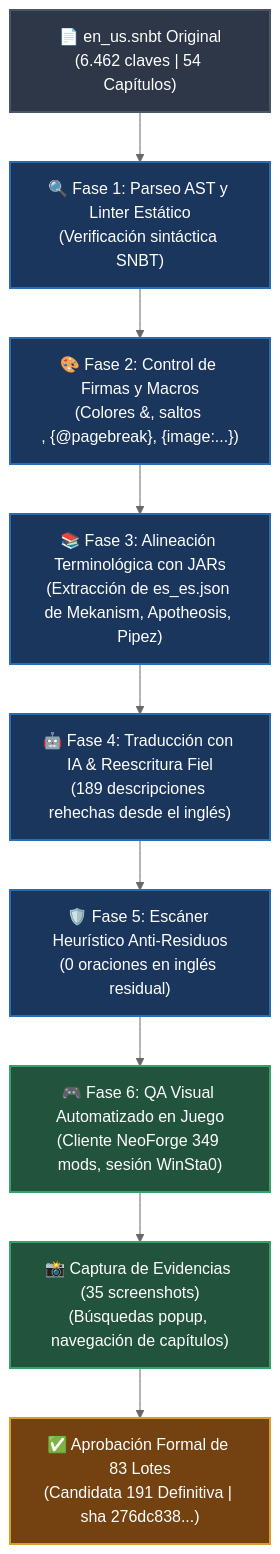
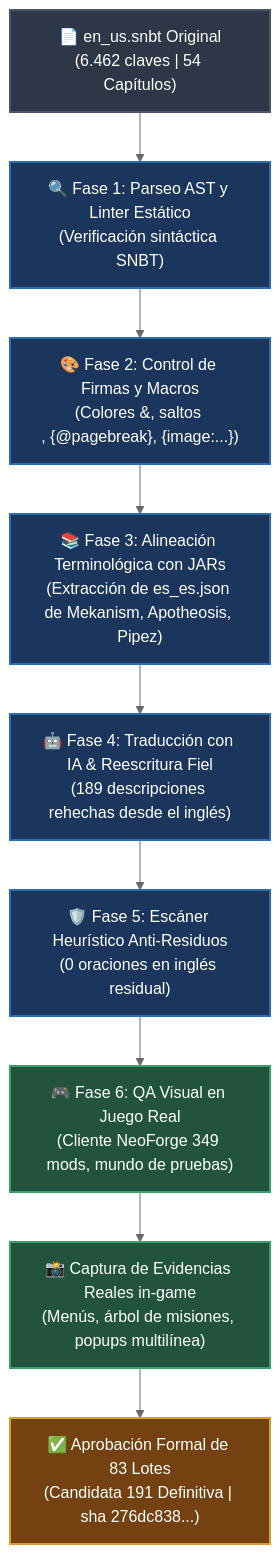
One commit to iagorobo24-hub/atm10sky-es-es-localization changed the first of 2 diagrams in README.md. Above: the diagram before and after it, drawn with Mermaid (neutral theme). The commit also changed other lines of this file and 27 other files, not shown here.

Commit message:
fix(gallery): replace screenshots with verified real in-game Minecraft FTB Quests captures

````diff
--- a/README.md
+++ b/README.md
@@ -45,16 +45,16 @@
 ```mermaid
 flowchart TD
     classDef source fill:#2d3748,stroke:#4a5568,stroke-width:2px,color:#fff;
     classDef process fill:#1a365d,stroke:#2b6cb0,stroke-width:2px,color:#fff;
     classDef qa fill:#22543d,stroke:#38a169,stroke-width:2px,color:#fff;
     classDef output fill:#744210,stroke:#d69e2e,stroke-width:2px,color:#fff;
 
     A["📄 en_us.snbt Original<br/>(6.462 claves | 54 Capítulos)"]:::source --> B["🔍 Fase 1: Parseo AST y Linter Estático<br/>(Verificación sintáctica SNBT)"]:::process
     B --> C["🎨 Fase 2: Control de Firmas y Macros<br/>(Colores &, saltos \n, {@pagebreak}, {image:...})"]:::process
     C --> D["📚 Fase 3: Alineación Terminológica con JARs<br/>(Extracción de es_es.json de Mekanism, Apotheosis, Pipez)"]:::process
     D --> E["🤖 Fase 4: Traducción con IA & Reescritura Fiel<br/>(189 descripciones rehechas desde el inglés)"]:::process
     E --> F["🛡️ Fase 5: Escáner Heurístico Anti-Residuos<br/>(0 oraciones en inglés residual)"]:::process
-    F --> G["🎮 Fase 6: QA Visual Automatizado en Juego<br/>(Cliente NeoForge 349 mods, sesión WinSta0)"]:::qa
-    G --> H["📸 Captura de Evidencias (35 screenshots)<br/>(Búsquedas popup, navegación de capítulos)"]:::qa
+    F --> G["🎮 Fase 6: QA Visual en Juego Real<br/>(Cliente NeoForge 349 mods, mundo de pruebas)"]:::qa
+    G --> H["📸 Captura de Evidencias Reales in-game<br/>(Menús, árbol de misiones, popups multilínea)"]:::qa
     H --> I["✅ Aprobación Formal de 83 Lotes<br/>(Candidata 191 Definitiva | sha 276dc838...)"]:::output
 ```
````
